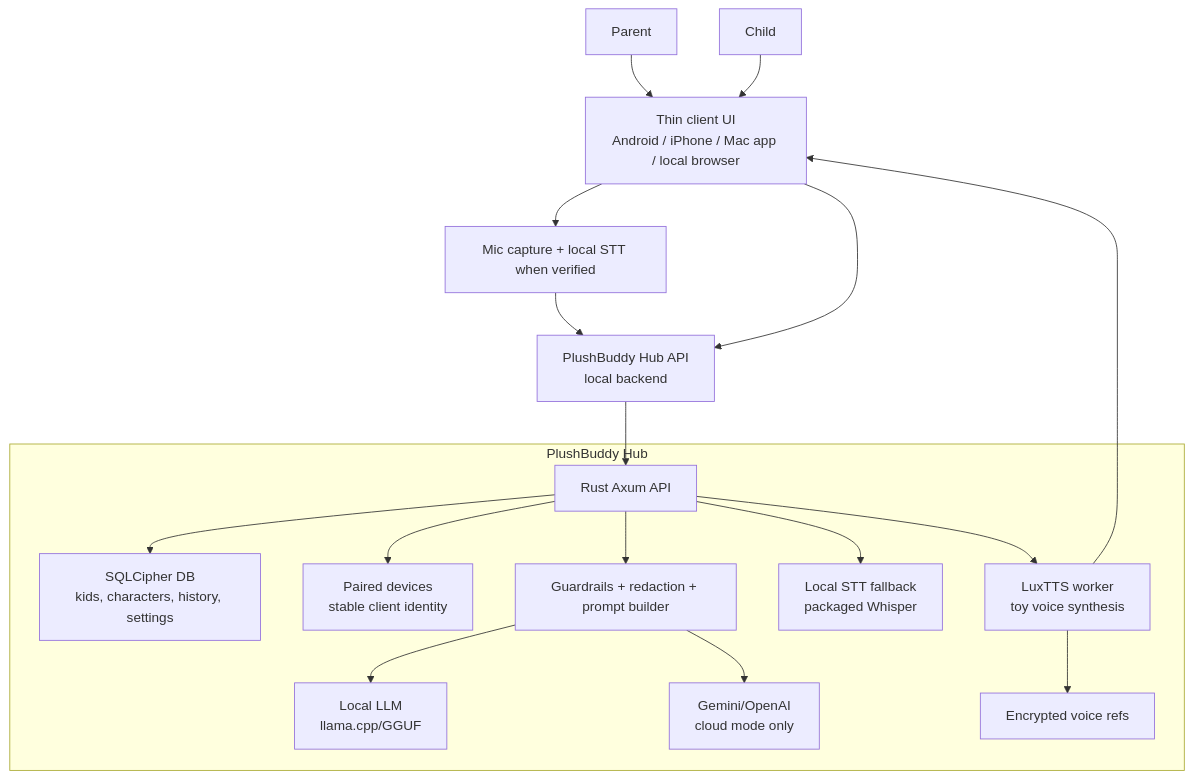
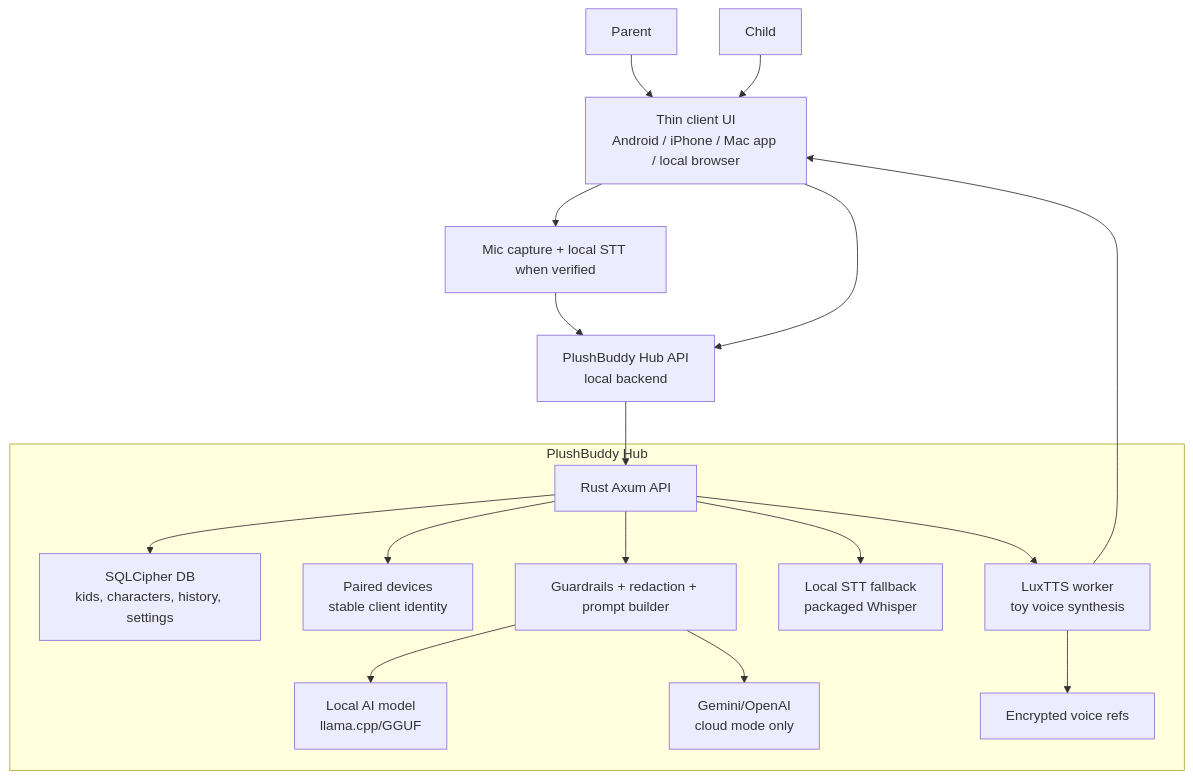
The first of 4 diagrams in docs/architecture/SYSTEM_DESIGN.md (palwe-prafulla/plushpal), drawn with Mermaid before and after one commit. The commit also changed other lines of this file and 103 other files, not shown here.

````diff
--- a/docs/architecture/SYSTEM_DESIGN.md
+++ b/docs/architecture/SYSTEM_DESIGN.md
@@ -210,32 +220,32 @@
 ```mermaid
 flowchart TB
     Parent["Parent"] --> Client["Thin client UI<br/>Android / iPhone / Mac app / local browser"]
     Child["Child"] --> Client
 
     Client --> Mic["Mic capture + local STT when verified"]
     Mic --> HubAPI["PlushBuddy Hub API<br/>local backend"]
     Client --> HubAPI
 
     subgraph Hub["PlushBuddy Hub"]
         API["Rust Axum API"]
         DB["SQLCipher DB<br/>kids, characters, history, settings"]
         Pairing["Paired devices<br/>stable client identity"]
         Policy["Guardrails + redaction + prompt builder"]
         LocalSTT["Local STT fallback<br/>packaged Whisper"]
-        LocalLLM["Local LLM<br/>llama.cpp/GGUF"]
+        LocalLLM["Local AI model<br/>llama.cpp/GGUF"]
         CloudLLM["Gemini/OpenAI<br/>cloud mode only"]
         TTS["LuxTTS worker<br/>toy voice synthesis"]
         VoiceStore["Encrypted voice refs"]
     end
 
     HubAPI --> API
     API --> DB
     API --> Pairing
     API --> Policy
     API --> LocalSTT
     Policy --> LocalLLM
     Policy --> CloudLLM
     API --> TTS
     TTS --> VoiceStore
     TTS --> Client
 ```
````
